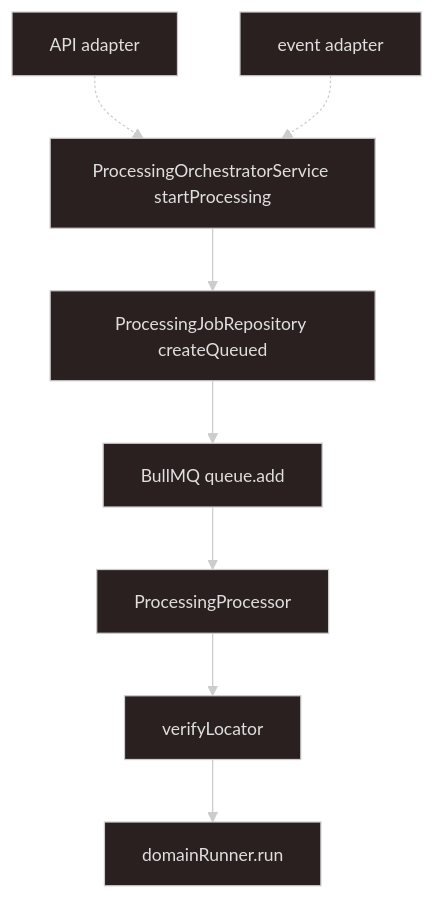
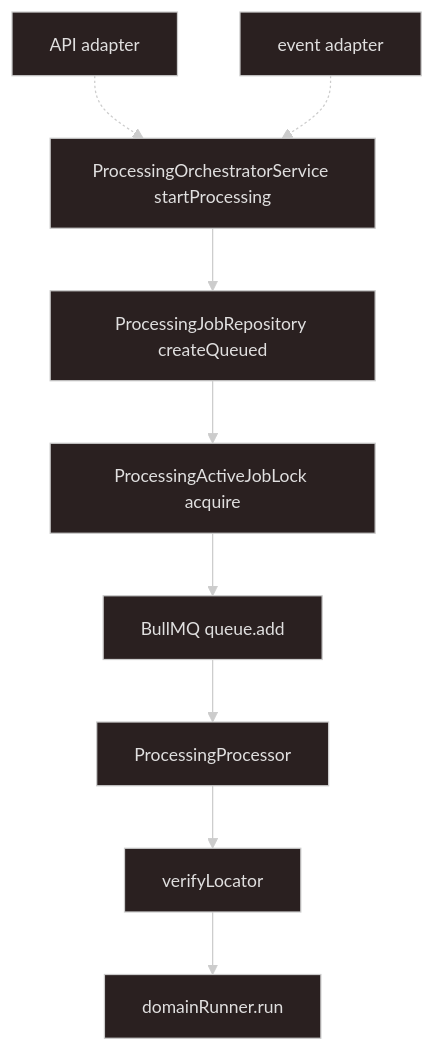
Before and after one commit to kyung-lee-official/turborepo-sandbox: the diagram in .cursor/skills/async-processing/SKILL.md, drawn with Mermaid. The commit also changed other lines of this file, not shown here.

First line of the commit message:
feat: add ProcessingActiveJobLock and refine error handling in async processing

````diff
--- a/.cursor/skills/async-processing/SKILL.md
+++ b/.cursor/skills/async-processing/SKILL.md
@@ -27,23 +27,24 @@
 ```mermaid
 ---
 config:
   theme: neo-dark
 ---
 flowchart TD
   apiAdp["API adapter"]
   eventAdp["event adapter"]
   orch["ProcessingOrchestratorService startProcessing"]
   persist["ProcessingJobRepository createQueued"]
   enqueue["BullMQ queue.add"]
   worker["ProcessingProcessor"]
   verify["verifyLocator"]
   domain["domainRunner.run"]
 
   apiAdp -.-> orch
   eventAdp -.-> orch
   orch --> persist
-  persist --> enqueue
+  persist --> lock["ProcessingActiveJobLock acquire"]
+  lock --> enqueue
   enqueue --> worker
   worker --> verify
   verify --> domain
 ```
````
